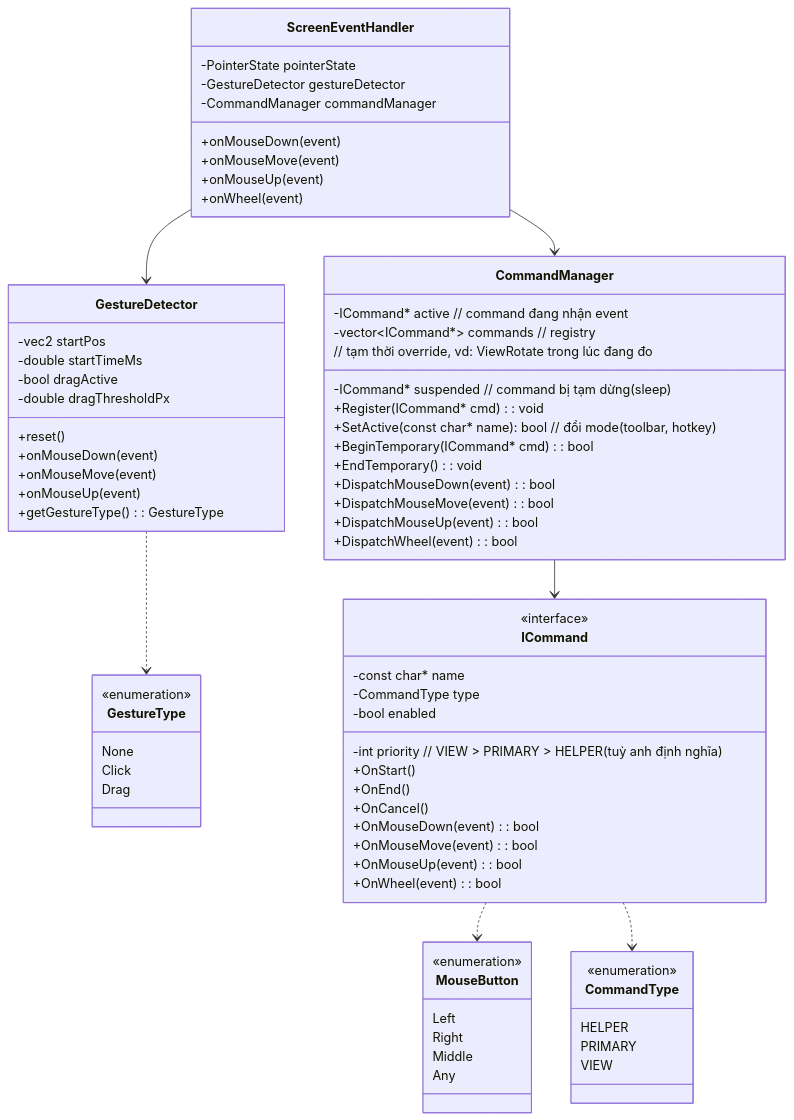
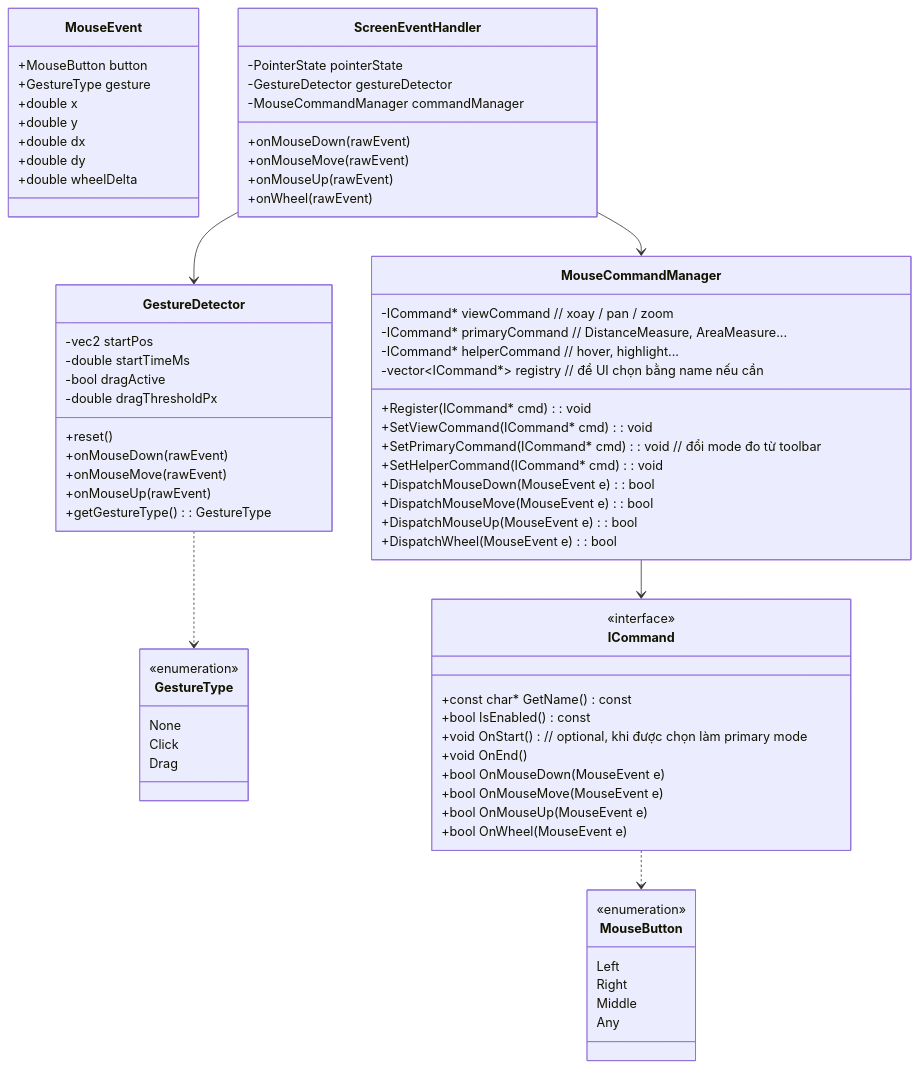
Before and after one commit to vfa-khaidt1/vfa-cdn: the first of 2 diagrams in GraphV6-ChatGPT.md, drawn with Mermaid.

````diff
--- a/GraphV6-ChatGPT.md
+++ b/GraphV6-ChatGPT.md
@@ -15,21 +15,24 @@
         Drag
     }
 
-    class CommandType {
-        <<enumeration>>
-        HELPER
-        PRIMARY 
-        VIEW
+    class MouseEvent {
+        +MouseButton button
+        +GestureType gesture
+        +double x
+        +double y
+        +double dx
+        +double dy
+        +double wheelDelta
     }
 
     class ScreenEventHandler {
         -PointerState pointerState
         -GestureDetector gestureDetector
-        -CommandManager commandManager
-        +onMouseDown(event)
-        +onMouseMove(event)
-        +onMouseUp(event)
-        +onWheel(event)
+        -MouseCommandManager commandManager
+        +onMouseDown(rawEvent)
+        +onMouseMove(rawEvent)
+        +onMouseUp(rawEvent)
+        +onWheel(rawEvent)
     }
 
     class GestureDetector {
@@ -38,51 +41,47 @@
         -bool dragActive
         -double dragThresholdPx
         +reset()
-        +onMouseDown(event)
-        +onMouseMove(event)
-        +onMouseUp(event)
+        +onMouseDown(rawEvent)
+        +onMouseMove(rawEvent)
+        +onMouseUp(rawEvent)
         +getGestureType(): GestureType
     }
 
     class ICommand {
         <<interface>>
-        -const char* name
-        -CommandType type
-        -int priority       // VIEW > PRIMARY > HELPER (tuỳ anh định nghĩa)
-        -bool enabled
-        +OnStart()
-        +OnEnd()
-        +OnCancel()
-        +OnMouseDown(event): bool
-        +OnMouseMove(event): bool
-        +OnMouseUp(event): bool
-        +OnWheel(event): bool
+        +const char* GetName() const
+        +bool IsEnabled() const
+        +void OnStart()      // optional, khi được chọn làm primary mode
+        +void OnEnd()
+        +bool OnMouseDown(MouseEvent e)
+        +bool OnMouseMove(MouseEvent e)
+        +bool OnMouseUp(MouseEvent e)
+        +bool OnWheel(MouseEvent e)
     }
 
-    class CommandManager {
-        -ICommand* active              // command đang nhận event
-        -ICommand* suspended           // command bị tạm dừng (sleep)
-        -vector~ICommand*~ commands    // registry
+    class MouseCommandManager {
+        -ICommand* viewCommand      // xoay / pan / zoom
+        -ICommand* primaryCommand   // DistanceMeasure, AreaMeasure...
+        -ICommand* helperCommand    // hover, highlight...
+        -vector~ICommand*~ registry // để UI chọn bằng name nếu cần
 
         +Register(ICommand* cmd): void
-        +SetActive(const char* name): bool      // đổi mode (toolbar, hotkey)
+        +SetViewCommand(ICommand* cmd): void
+        +SetPrimaryCommand(ICommand* cmd): void   // đổi mode đo từ toolbar
+        +SetHelperCommand(ICommand* cmd): void
 
-        // tạm thời override, vd: ViewRotate trong lúc đang đo
-        +BeginTemporary(ICommand* cmd): bool    
-        +EndTemporary(): void                   
-
-        +DispatchMouseDown(event): bool
-        +DispatchMouseMove(event): bool
-        +DispatchMouseUp(event): bool
-        +DispatchWheel(event): bool
+        +DispatchMouseDown(MouseEvent e): bool
+        +DispatchMouseMove(MouseEvent e): bool
+        +DispatchMouseUp(MouseEvent e): bool
+        +DispatchWheel(MouseEvent e): bool
     }
 
     ScreenEventHandler --> GestureDetector
-    ScreenEventHandler --> CommandManager
+    ScreenEventHandler --> MouseCommandManager
     GestureDetector ..> GestureType
 
-    CommandManager --> ICommand
+    MouseCommandManager --> ICommand
     ICommand ..> MouseButton
-    ICommand ..> CommandType
+
 
 ```
````
